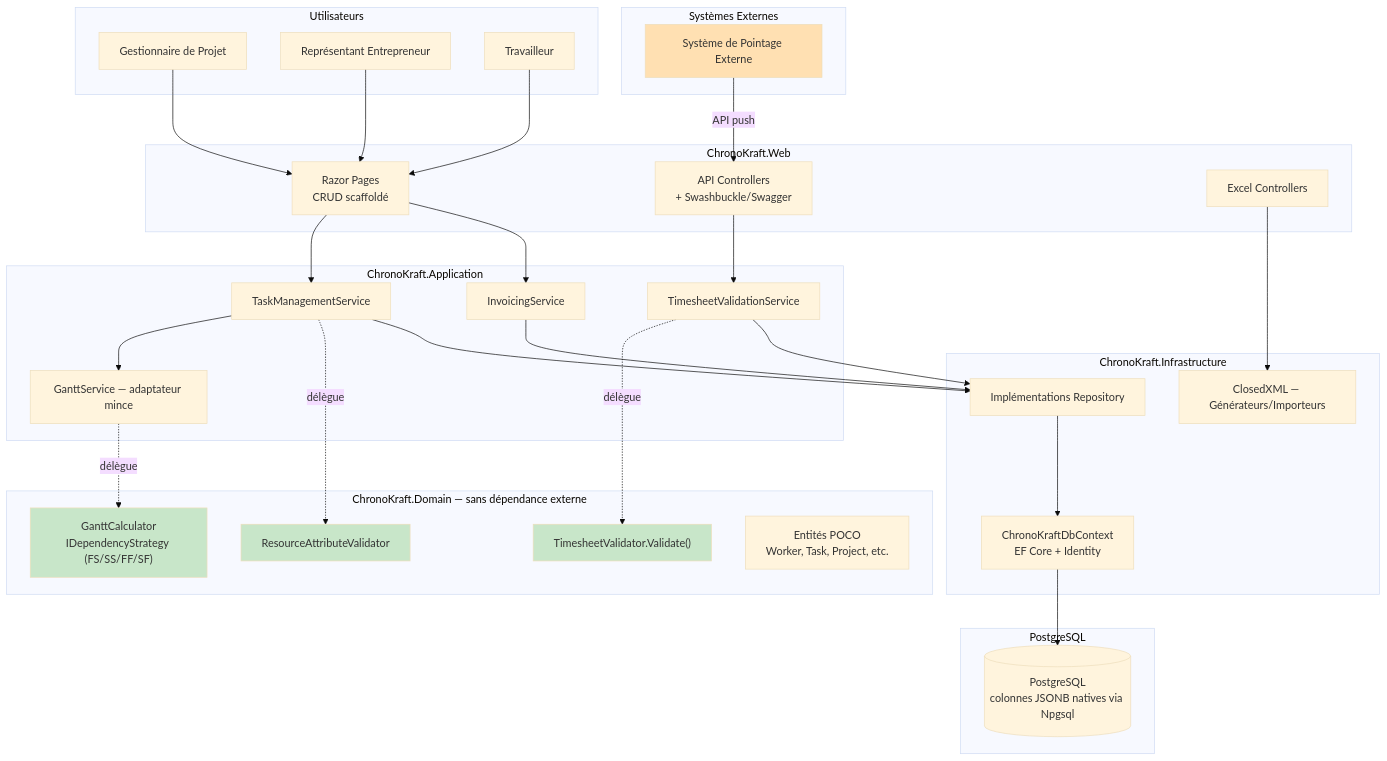
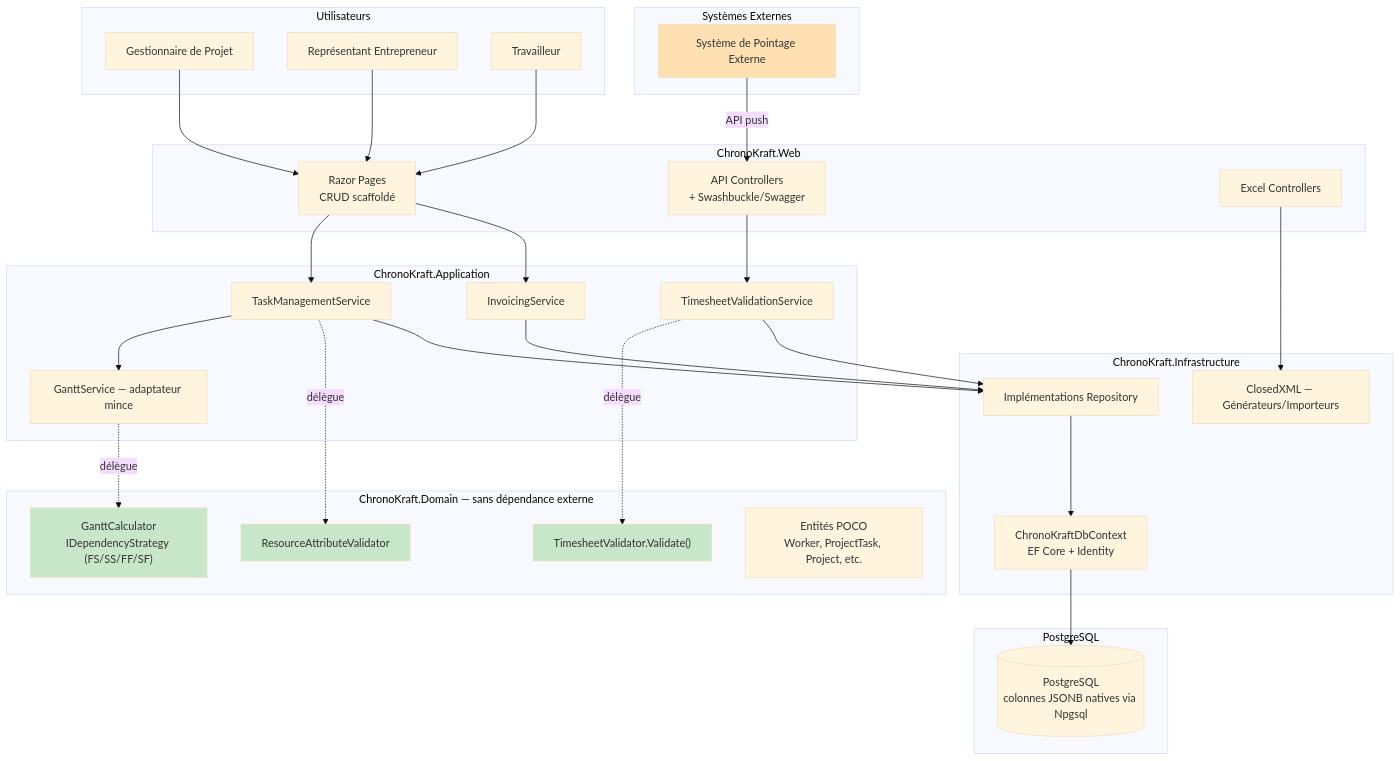
The second of 6 diagrams in Docs/architecture.md (AKFabriceP/ChKraft), drawn with Mermaid (base theme) before and after one commit. The commit also changed other lines of this file and 8 other files, not shown here.

````diff
--- a/Docs/architecture.md
+++ b/Docs/architecture.md
@@ -51,68 +53,68 @@
 ```mermaid
 graph TB
     subgraph EXT["Systèmes Externes"]
         BADGE[Système de Pointage Externe]
     end
 
     subgraph USERS["Utilisateurs"]
         PM[Gestionnaire de Projet]
         CR[Représentant Entrepreneur]
         WK[Travailleur]
     end
 
     subgraph WEBPROJ["ChronoKraft.Web"]
         RAZOR[Razor Pages<br/>CRUD scaffoldé]
         API[API Controllers<br/>+ Swashbuckle/Swagger]
         EXCELCTRL[Excel Controllers]
     end
 
     subgraph APPPROJ["ChronoKraft.Application"]
         SVC_TASK[TaskManagementService]
         SVC_INVOICE[InvoicingService]
         SVC_TIMESHEET[TimesheetValidationService]
         SVC_GANTT[GanttService — adaptateur mince]
     end
 
     subgraph DOMPROJ["ChronoKraft.Domain — sans dépendance externe"]
         DOM_GANTT["GanttCalculator<br/>IDependencyStrategy (FS/SS/FF/SF)"]
         DOM_TS["TimesheetValidator.Validate()"]
         DOM_RES["ResourceAttributeValidator"]
-        ENTITIES["Entités POCO<br/>Worker, Task, Project, etc."]
+        ENTITIES["Entités POCO<br/>Worker, ProjectTask, Project, etc."]
     end
 
     subgraph INFRAPROJ["ChronoKraft.Infrastructure"]
         DBCONTEXT[ChronoKraftDbContext<br/>EF Core + Identity]
         REPOS[Implémentations Repository]
         EXCELGEN[ClosedXML — Générateurs/Importeurs]
     end
 
     subgraph DB["PostgreSQL"]
         PGSQL[(PostgreSQL<br/>colonnes JSONB natives via Npgsql)]
     end
 
     BADGE -->|API push| API
     WK --> RAZOR
     PM --> RAZOR
     CR --> RAZOR
 
     RAZOR --> SVC_TASK
     RAZOR --> SVC_INVOICE
     API --> SVC_TIMESHEET
     EXCELCTRL --> EXCELGEN
 
     SVC_TASK --> SVC_GANTT
     SVC_GANTT -.->|délègue| DOM_GANTT
     SVC_TIMESHEET -.->|délègue| DOM_TS
     SVC_TASK -.->|délègue| DOM_RES
 
     SVC_TASK --> REPOS
     SVC_INVOICE --> REPOS
     SVC_TIMESHEET --> REPOS
     REPOS --> DBCONTEXT
     DBCONTEXT --> PGSQL
 
     style DOM_GANTT fill:#c8e6c9
     style DOM_TS fill:#c8e6c9
     style DOM_RES fill:#c8e6c9
     style BADGE fill:#ffe0b2
 ```
````
